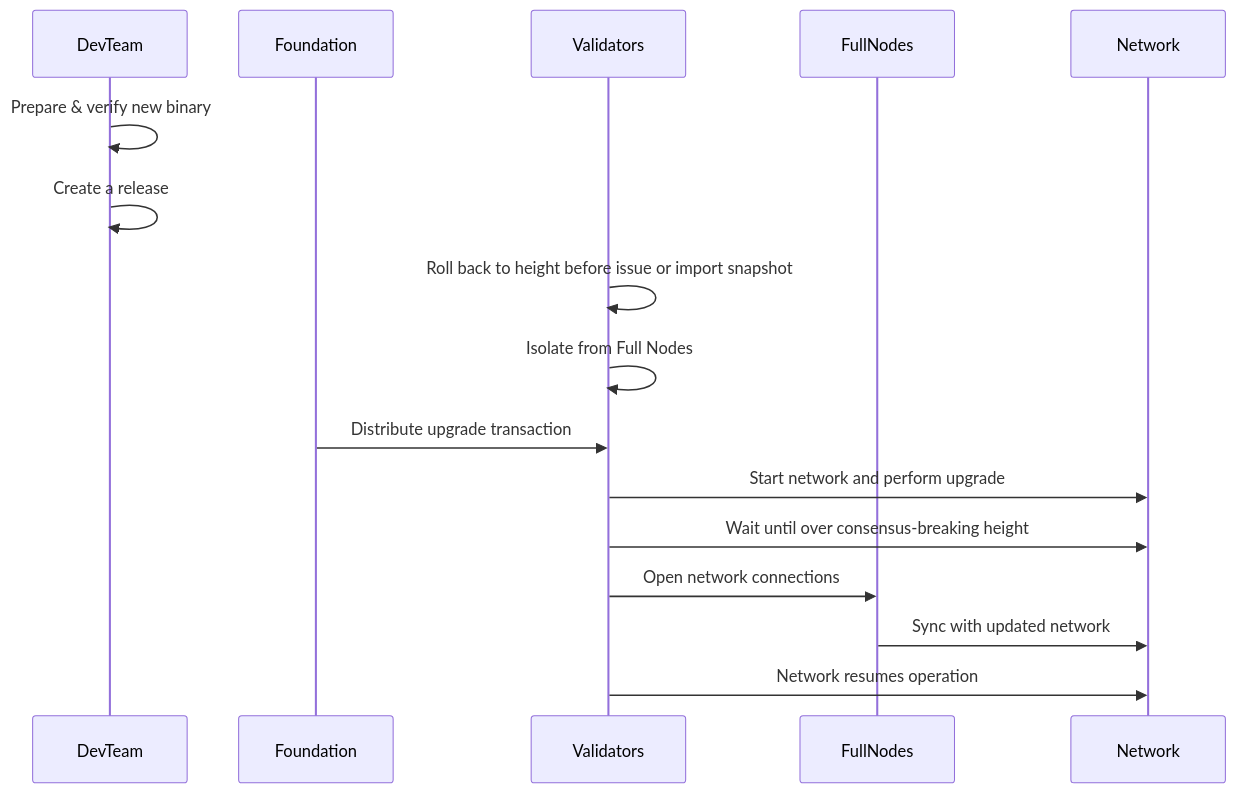
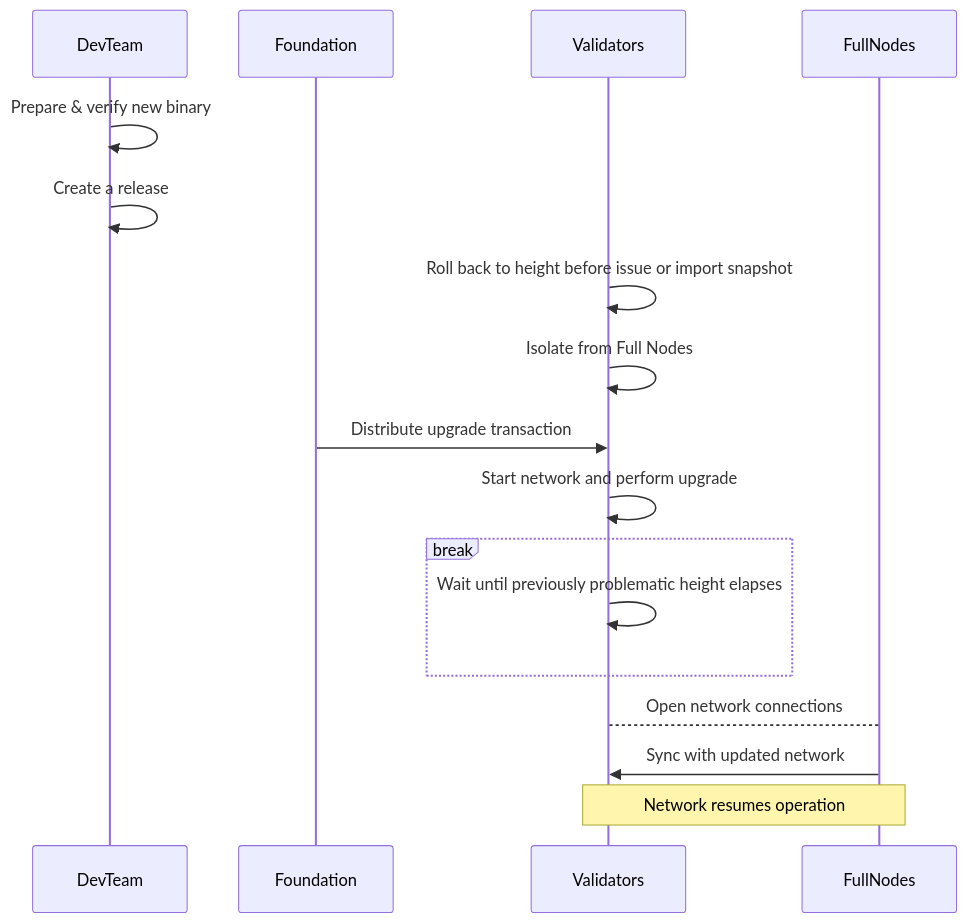
The second of 2 diagrams in docusaurus/docs/develop/developer_guide/recovery_from_chain_halt.md (pokt-network/poktroll), drawn with Mermaid before and after one commit. The commit also changed other lines of this file and 5 other files, not shown here.

````diff
--- a/docusaurus/docs/develop/developer_guide/recovery_from_chain_halt.md
+++ b/docusaurus/docs/develop/developer_guide/recovery_from_chain_halt.md
@@ -130,20 +136,23 @@
 ```mermaid
 sequenceDiagram
     participant DevTeam
     participant Foundation
     participant Validators
     participant FullNodes
-    participant Network
+    %% participant Network
 
     DevTeam->>DevTeam: Prepare & verify new binary
     DevTeam->>DevTeam: Create a release
     Validators->>Validators: Roll back to height before issue or import snapshot
     Validators->>Validators: Isolate from Full Nodes
     Foundation->>Validators: Distribute upgrade transaction
-    Validators->>Network: Start network and perform upgrade
-    Validators->>Network: Wait until over consensus-breaking height
-    Validators->>FullNodes: Open network connections
-    FullNodes->>Network: Sync with updated network
-    Validators->>Network: Network resumes operation
-
+    Validators->>Validators: Start network and perform upgrade
+    
+    break
+    Validators->>Validators: Wait until previously problematic height elapses
+    end
+    
+    Validators-->FullNodes: Open network connections
+    FullNodes->>Validators: Sync with updated network
+    note over Validators,FullNodes: Network resumes operation
 ```
````
